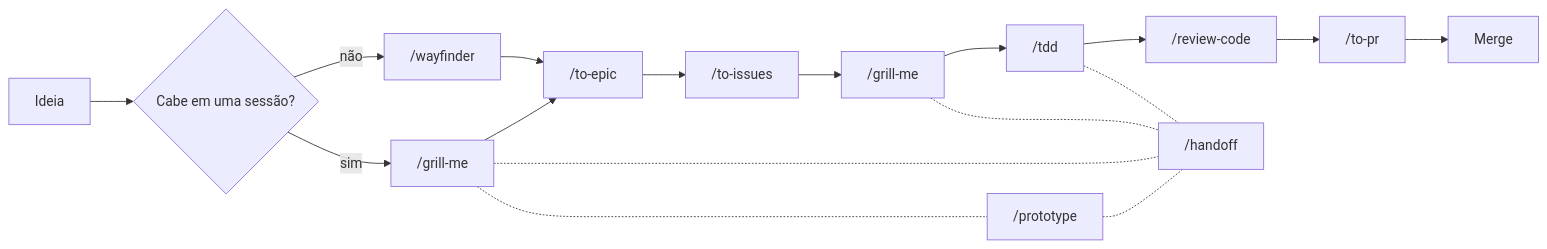
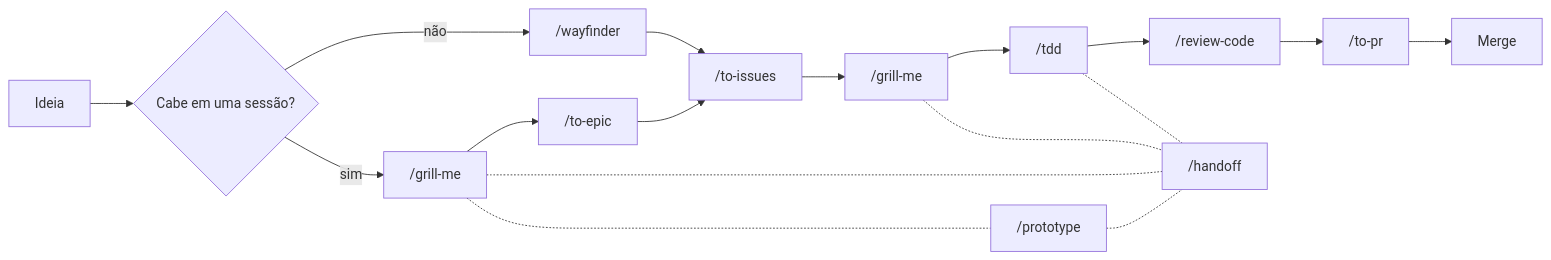
The diagram in README.md (Franco904/skills), drawn with Mermaid before and after one commit.

````diff
--- a/README.md
+++ b/README.md
@@ -53,20 +53,20 @@
 ```mermaid
 flowchart LR
     A[Ideia] --> Z{Cabe em uma sessão?}
     Z -- sim --> B["/grill-me"]
     Z -- não --> W["/wayfinder"]
     B --> C["/to-epic"]
-    W --> C
     C --> D["/to-issues"]
+    W --> D
     D --> E["/grill-me"]
     E --> G["/tdd"]
     G --> I["/review-code"]
     I --> J["/to-pr"]
     J --> K[Merge]
 
     B -.- P["/prototype"]
     P -.- L["/handoff"]
     B -.- L
     E -.- L
     G -.- L
 ```
````
